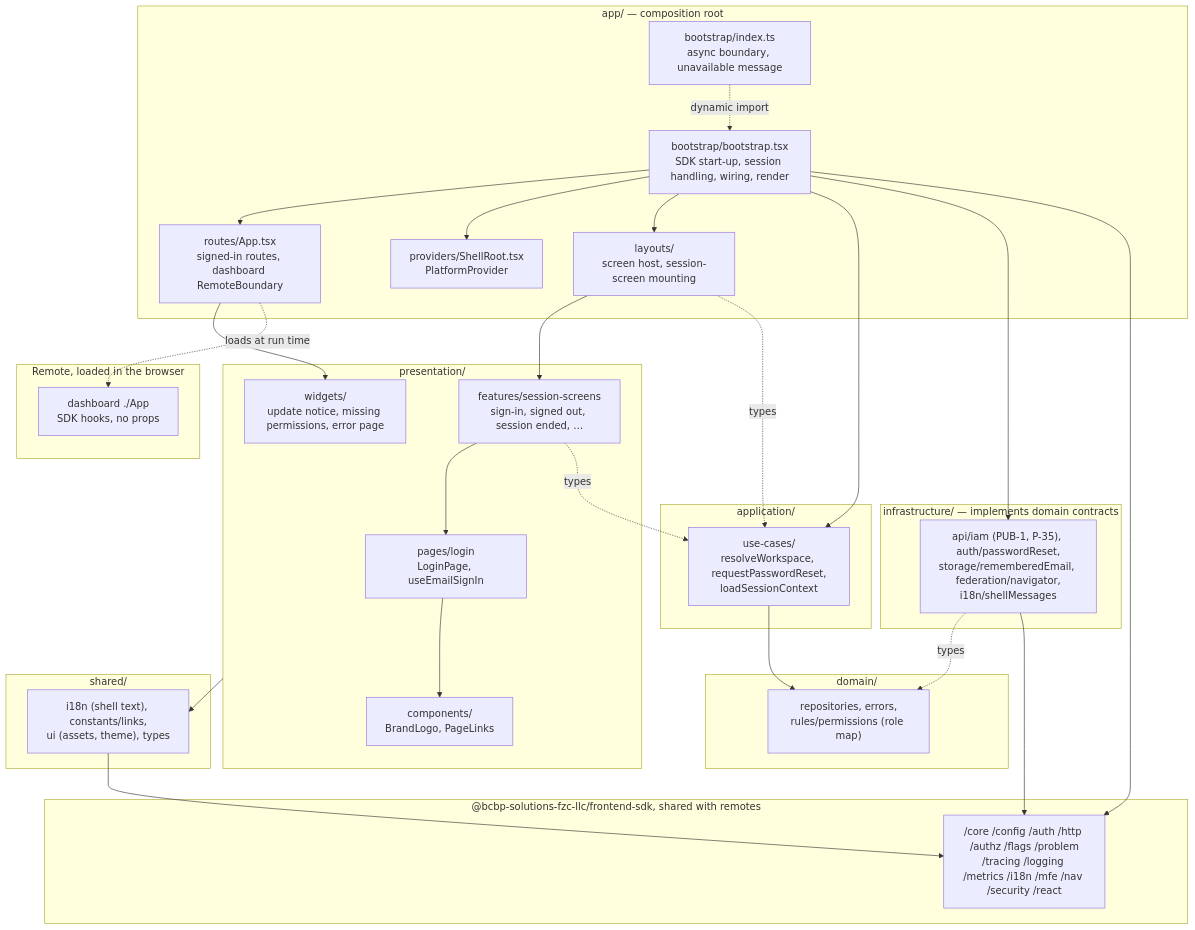
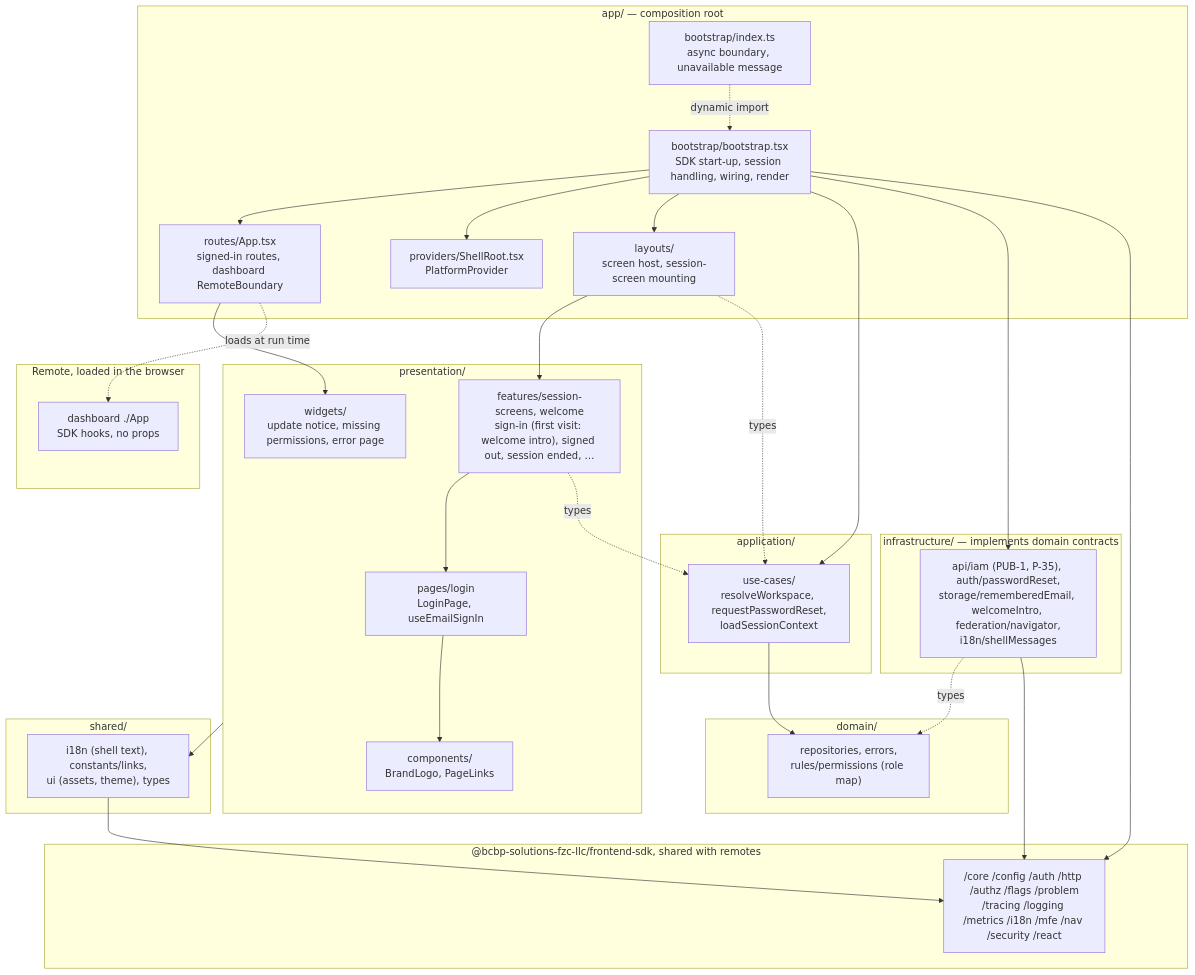
One commit to BCBP-SOLUTIONS-FZC-LLC/web-shell changed the diagram in docs/architecture/mermaid/layer-model.mmd. Above: the diagram before and after it, drawn with Mermaid. The commit also changed 39 other files, not shown here.

Commit message:
Greet a browser's first visit with a cinematic welcome intro before the sign-in form

```diff
--- a/docs/architecture/mermaid/layer-model.mmd
+++ b/docs/architecture/mermaid/layer-model.mmd
@@ -1,59 +1,59 @@
 graph TD
     subgraph app["app/ — composition root"]
         index["bootstrap/index.ts\nasync boundary, unavailable message"]
         boot["bootstrap/bootstrap.tsx\nSDK start-up, session handling, wiring, render"]
         routes["routes/App.tsx\nsigned-in routes, dashboard RemoteBoundary"]
         providers["providers/ShellRoot.tsx\nPlatformProvider"]
         layouts["layouts/\nscreen host, session-screen mounting"]
     end
 
     subgraph presentation["presentation/"]
         pages["pages/login\nLoginPage, useEmailSignIn"]
-        features["features/session-screens\nsign-in, signed out, session ended, …"]
+        features["features/session-screens, welcome\nsign-in (first visit: welcome intro), signed out, session ended, …"]
         widgets["widgets/\nupdate notice, missing permissions, error page"]
         components["components/\nBrandLogo, PageLinks"]
     end
 
     subgraph application["application/"]
         usecases["use-cases/\nresolveWorkspace, requestPasswordReset,\nloadSessionContext"]
     end
 
     subgraph domain["domain/"]
         dom["repositories, errors,\nrules/permissions (role map)"]
     end
 
     subgraph infrastructure["infrastructure/ — implements domain contracts"]
-        infra["api/iam (PUB-1, P-35), auth/passwordReset,\nstorage/rememberedEmail, federation/navigator,\ni18n/shellMessages"]
+        infra["api/iam (PUB-1, P-35), auth/passwordReset,\nstorage/rememberedEmail, welcomeIntro, federation/navigator,\ni18n/shellMessages"]
     end
 
     subgraph shared["shared/"]
         sh["i18n (shell text), constants/links,\nui (assets, theme), types"]
     end
 
     subgraph sdk["@bcbp-solutions-fzc-llc/frontend-sdk, shared with remotes"]
         sdkmods["/core /config /auth /http /authz /flags /problem\n/tracing /logging /metrics /i18n /mfe /nav /security /react"]
     end
 
     subgraph remote["Remote, loaded in the browser"]
         dashboard["dashboard ./App\nSDK hooks, no props"]
     end
 
     index -. dynamic import .-> boot
     boot --> routes
     boot --> providers
     boot --> layouts
     boot --> usecases
     boot --> infra
     boot --> sdkmods
     routes --> widgets
     routes -. loads at run time .-> dashboard
     layouts --> features
     features --> pages
     pages --> components
     features -. types .-> usecases
     layouts -. types .-> usecases
     usecases --> dom
     infra -. types .-> dom
     infra --> sdkmods
     presentation --> sh
     sh --> sdkmods
```
